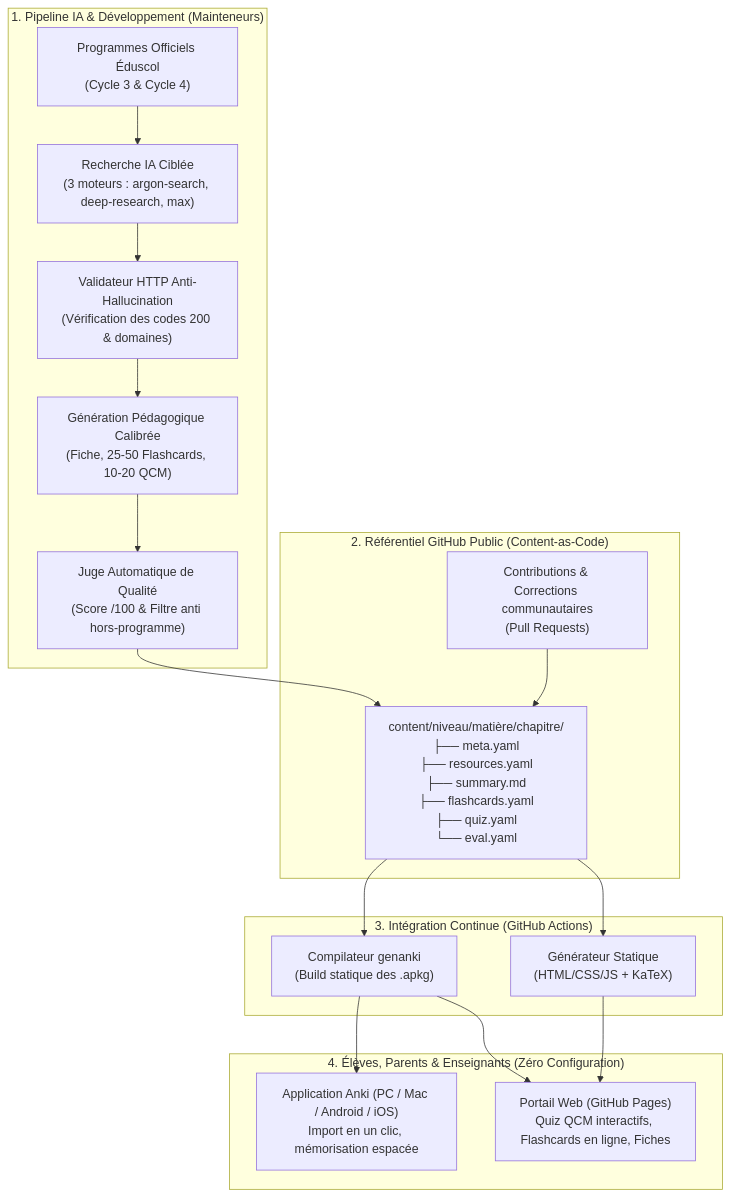
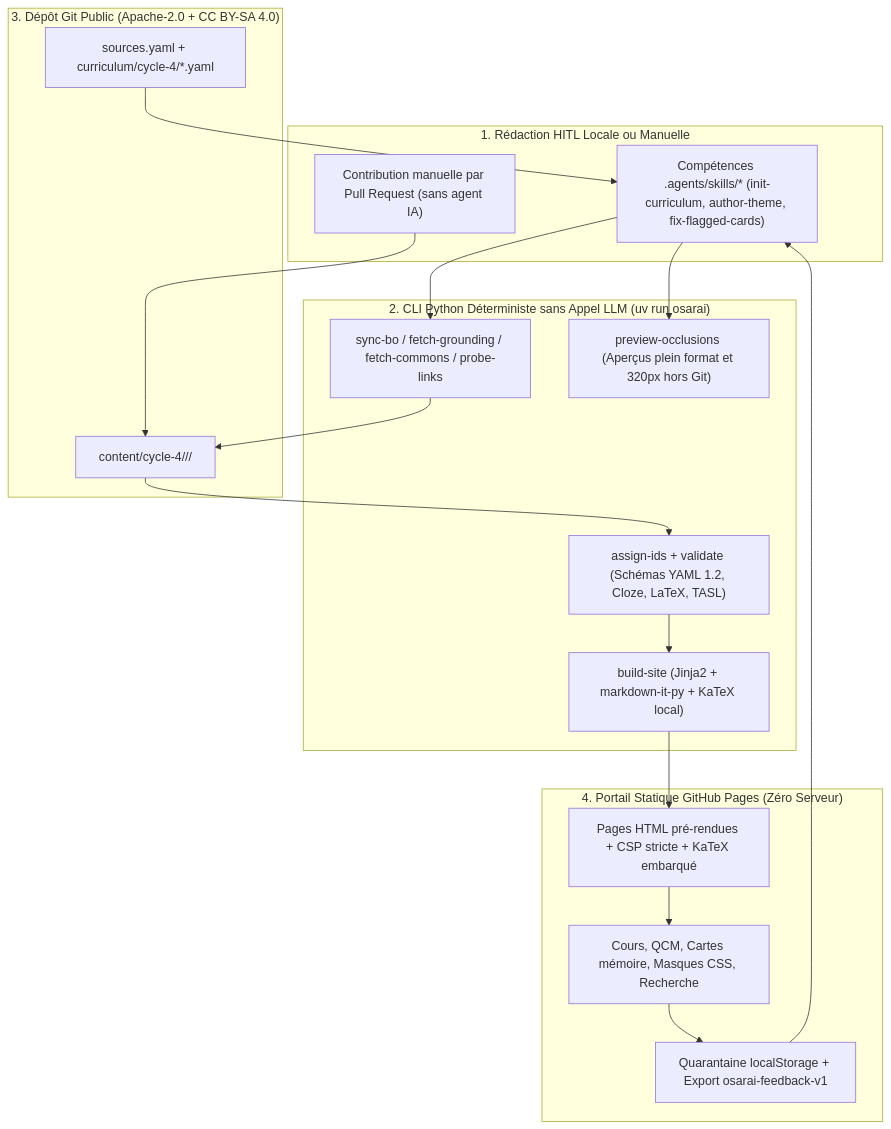
One commit to Seburan/osarai changed the diagram in README.md. Above: the diagram before and after it, drawn with Mermaid. The commit also changed other lines of this file and 27 other files, not shown here.

Commit message:
feat(jalon-1): gouvernance double licence, schemas YAML 1.2 et validateur CLI

````diff
--- a/README.md
+++ b/README.md
@@ -39,33 +30,31 @@
 ```mermaid
 flowchart TD
-    subgraph DevPipeline["1. Pipeline IA & Développement (Mainteneurs)"]
-        BO["Programmes Officiels Éduscol\n(Cycle 3 & Cycle 4)"]
-        Research["Recherche IA Ciblée\n(3 moteurs : argon-search, deep-research, max)"]
-        HTTP["Validateur HTTP Anti-Hallucination\n(Vérification des codes 200 & domaines)"]
-        Gen["Génération Pédagogique Calibrée\n(Fiche, 25-50 Flashcards, 10-20 QCM)"]
-        Eval["Juge Automatique de Qualité\n(Score /100 & Filtre anti hors-programme)"]
-        BO --> Research --> HTTP --> Gen --> Eval
+    subgraph Authoring["1. Rédaction HITL Locale ou Manuelle"]
+        Skills["Compétences .agents/skills/* (init-curriculum, author-theme, fix-flagged-cards)"]
+        Manual["Contribution manuelle par Pull Request (sans agent IA)"]
     end
 
-    subgraph Repo["2. Référentiel GitHub Public (Content-as-Code)"]
-        Content["content/niveau/matière/chapitre/\n├── meta.yaml\n├── resources.yaml\n├── summary.md\n├── flashcards.yaml\n├── quiz.yaml\n└── eval.yaml"]
-        PR["Contributions & Corrections communautaires\n(Pull Requests)"]
-        Eval --> Content
-        PR --> Content
+    subgraph CLI["2. CLI Python Déterministe sans Appel LLM (uv run osarai)"]
+        Sync["sync-bo / fetch-grounding / fetch-commons / probe-links"]
+        Preview["preview-occlusions (Aperçus plein format et 320px hors Git)"]
+        Validate["assign-ids + validate (Schémas YAML 1.2, Cloze, LaTeX, TASL)"]
+        Build["build-site (Jinja2 + markdown-it-py + KaTeX local)"]
     end
 
-    subgraph CI["3. Intégration Continue (GitHub Actions)"]
-        AnkiBuild["Compilateur genanki\n(Build statique des .apkg)"]
-        WebBuild["Générateur Statique\n(HTML/CSS/JS + KaTeX)"]
-        Content --> AnkiBuild
-        Content --> WebBuild
+    subgraph Repo["3. Dépôt Git Public (Apache-2.0 + CC BY-SA 4.0)"]
+        Curriculum["sources.yaml + curriculum/cycle-4/*.yaml"]
+        Themes["content/cycle-4/<matiere>/<slug-theme>/"]
     end
 
-    subgraph EndUser["4. Élèves, Parents & Enseignants (Zéro Configuration)"]
-        AnkiApp["Application Anki (PC / Mac / Android / iOS)\nImport en un clic, mémorisation espacée"]
-        Browser["Portail Web (GitHub Pages)\nQuiz QCM interactifs, Flashcards en ligne, Fiches"]
-        AnkiBuild --> AnkiApp
-        AnkiBuild --> Browser
-        WebBuild --> Browser
+    subgraph Portal["4. Portail Statique GitHub Pages (Zéro Serveur)"]
+        Pages["Pages HTML pré-rendues + CSP stricte + KaTeX embarqué"]
+        Revision["Cours, QCM, Cartes mémoire, Masques CSS, Recherche"]
+        Feedback["Quarantaine localStorage + Export osarai-feedback-v1"]
     end
+
+    Curriculum --> Skills
+    Skills --> Sync --> Themes
+    Skills --> Preview
+    Manual --> Themes
+    Themes --> Validate --> Build --> Pages --> Revision --> Feedback --> Skills
 ```
````
